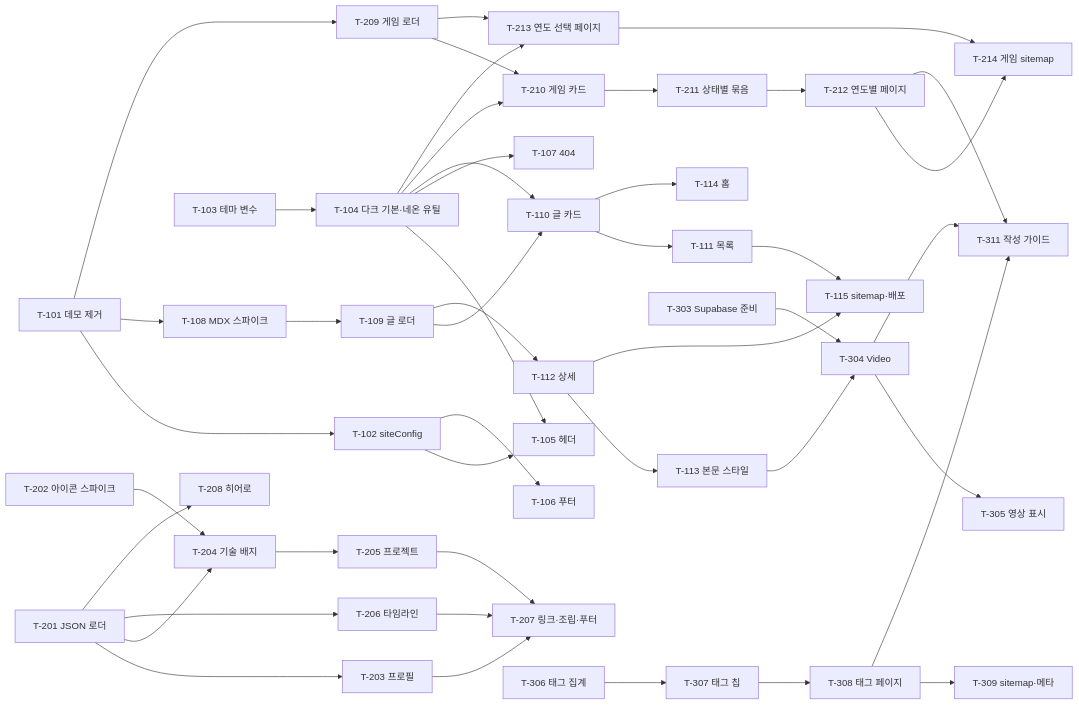
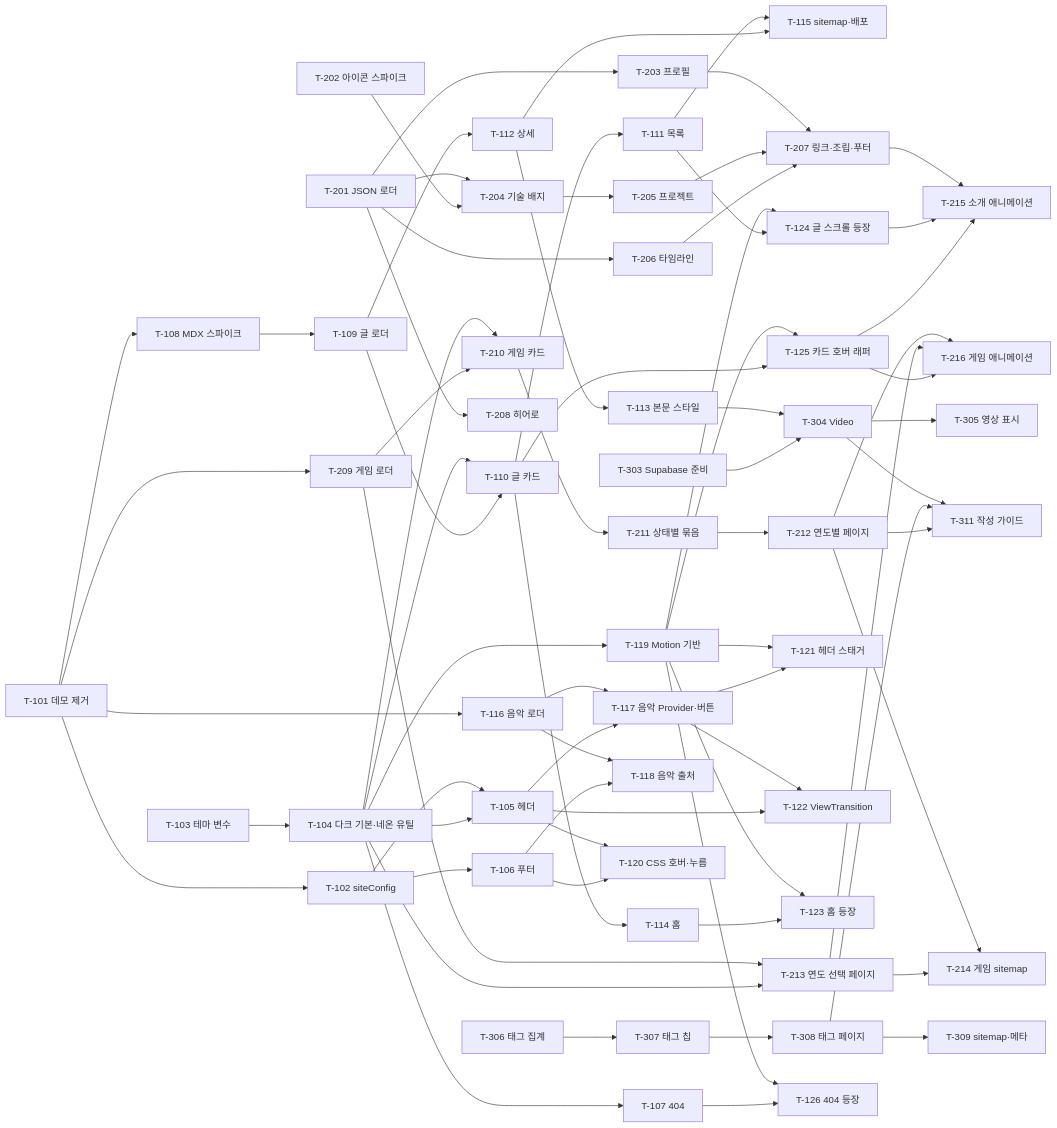
One commit to GameDev-HanS/gamedev-hans.github.io changed the diagram in .claude/docs/ROADMAP.md. Above: the diagram before and after it, drawn with Mermaid. The commit also changed other lines of this file, not shown here.

First line of the commit message:
docs: 로드맵에 배경 음악·애니메이션 작업 추가, T-104~T-107 완료 표시

````diff
--- a/.claude/docs/ROADMAP.md
+++ b/.claude/docs/ROADMAP.md
@@ -218,48 +279,75 @@
 ```mermaid
 graph LR
   T101[T-101 데모 제거] --> T102[T-102 siteConfig]
   T101 --> T108[T-108 MDX 스파이크]
   T103[T-103 테마 변수] --> T104[T-104 다크 기본·네온 유틸]
   T102 --> T105[T-105 헤더]
   T104 --> T105
   T102 --> T106[T-106 푸터]
   T104 --> T107[T-107 404]
   T108 --> T109[T-109 글 로더]
   T104 --> T110[T-110 글 카드]
   T109 --> T110
   T110 --> T111[T-111 목록]
   T109 --> T112[T-112 상세]
   T112 --> T113[T-113 본문 스타일]
   T110 --> T114[T-114 홈]
   T111 --> T115[T-115 sitemap·배포]
   T112 --> T115
 
   T201[T-201 JSON 로더] --> T203[T-203 프로필]
   T201 --> T204[T-204 기술 배지]
   T202[T-202 아이콘 스파이크] --> T204
   T204 --> T205[T-205 프로젝트]
   T201 --> T206[T-206 타임라인]
   T203 --> T207[T-207 링크·조립·푸터]
   T205 --> T207
   T206 --> T207
   T201 --> T208[T-208 히어로]
   T101 --> T209[T-209 게임 로더]
   T104 --> T210[T-210 게임 카드]
   T209 --> T210
   T210 --> T211[T-211 상태별 묶음]
   T211 --> T212[T-212 연도별 페이지]
   T209 --> T213[T-213 연도 선택 페이지]
   T104 --> T213
   T212 --> T214[T-214 게임 sitemap]
   T213 --> T214
 
   T113 --> T304[T-304 Video]
   T303[T-303 Supabase 준비] --> T304
   T304 --> T305[T-305 영상 표시]
   T306[T-306 태그 집계] --> T307[T-307 태그 칩]
   T307 --> T308[T-308 태그 페이지]
   T308 --> T309[T-309 sitemap·메타]
   T304 --> T311[T-311 작성 가이드]
   T308 --> T311
   T212 --> T311
+
+  T101 --> T116[T-116 음악 로더]
+  T116 --> T117[T-117 음악 Provider·버튼]
+  T105 --> T117
+  T116 --> T118[T-118 음악 출처]
+  T106 --> T118
+  T104 --> T119[T-119 Motion 기반]
+  T105 --> T120[T-120 CSS 호버·누름]
+  T106 --> T120
+  T119 --> T121[T-121 헤더 스태거]
+  T117 --> T121
+  T117 --> T122[T-122 ViewTransition]
+  T105 --> T122
+  T119 --> T123[T-123 홈 등장]
+  T114 --> T123
+  T119 --> T124[T-124 글 스크롤 등장]
+  T111 --> T124
+  T119 --> T125[T-125 카드 호버 래퍼]
+  T110 --> T125
+  T119 --> T126[T-126 404 등장]
+  T107 --> T126
+  T207 --> T215[T-215 소개 애니메이션]
+  T124 --> T215
+  T125 --> T215
+  T212 --> T216[T-216 게임 애니메이션]
+  T213 --> T216
+  T125 --> T216
 ```
````
